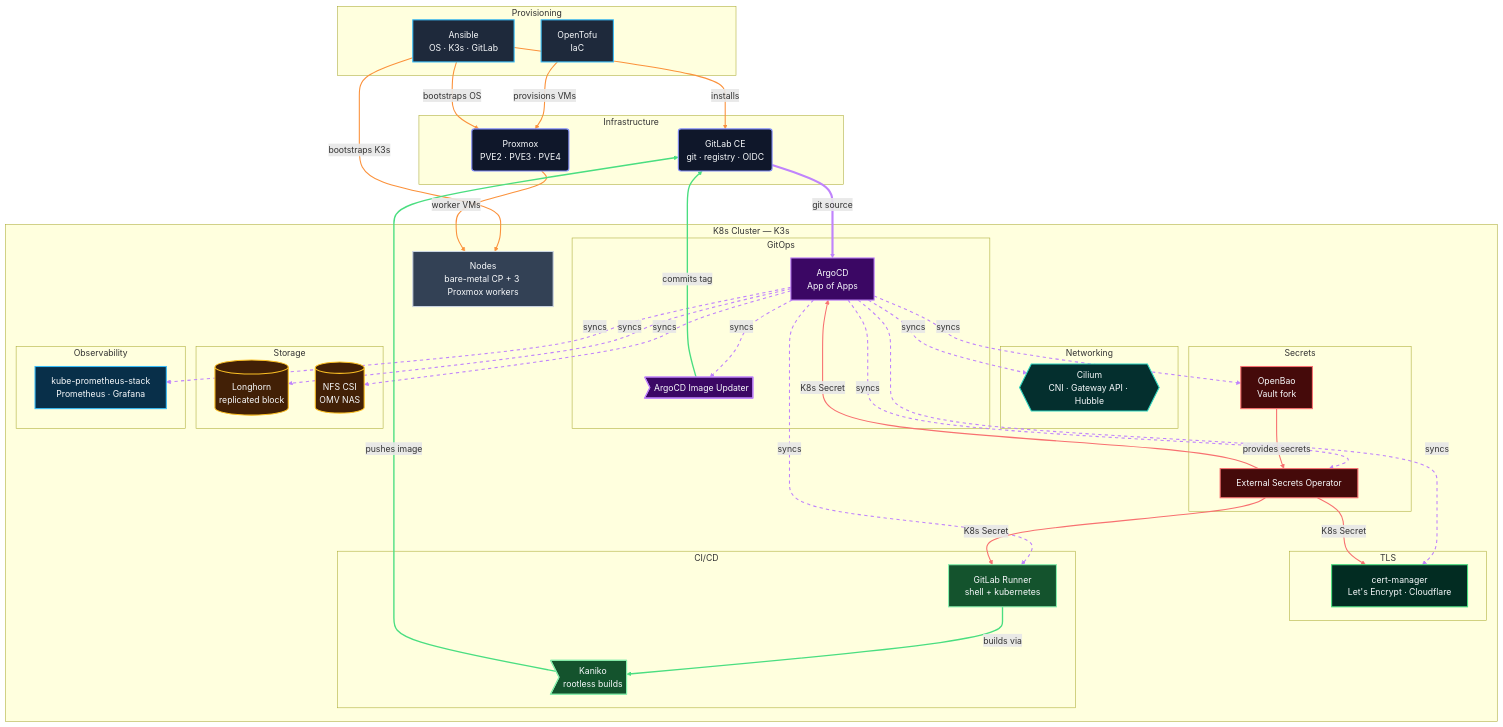
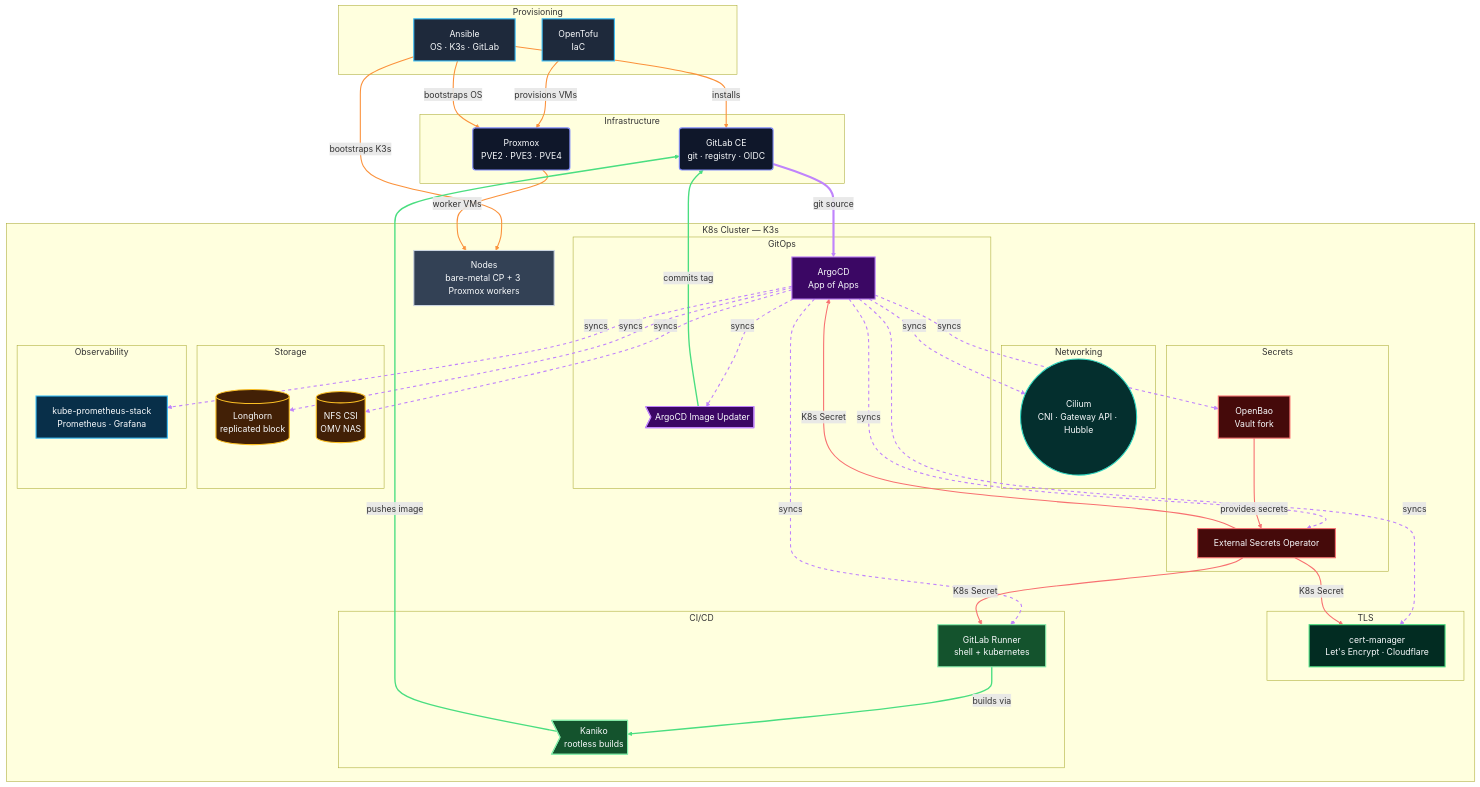
One commit to johnnydoer/blog changed the diagram in _posts/2026-08-01-homelab-k8s-gitops-series.md. Above: the diagram before and after it, drawn with Mermaid. The commit also changed 1 other file, not shown here.

Commit message:
fix: Cilium {{hexagon}} eaten by Jekyll Liquid, breaks mermaid render
{{...}} is Liquid output syntax, so Jekyll ran it before markdown and
stripped the shape, leaving CILCilium... -> mermaid 'Syntax error in text'.
Swap to Liquid-safe circle ((...)). Regenerate dark hero to match.

```diff
--- a/_posts/2026-08-01-homelab-k8s-gitops-series.md
+++ b/_posts/2026-08-01-homelab-k8s-gitops-series.md
@@ -102,7 +102,7 @@
         NODES["Nodes\nbare-metal CP + 3 Proxmox workers"]
 
         subgraph "Networking"
-            CIL{{"Cilium\nCNI · Gateway API · Hubble"}}
+            CIL(("Cilium\nCNI · Gateway API · Hubble"))
         end
 
         subgraph "GitOps"
```
